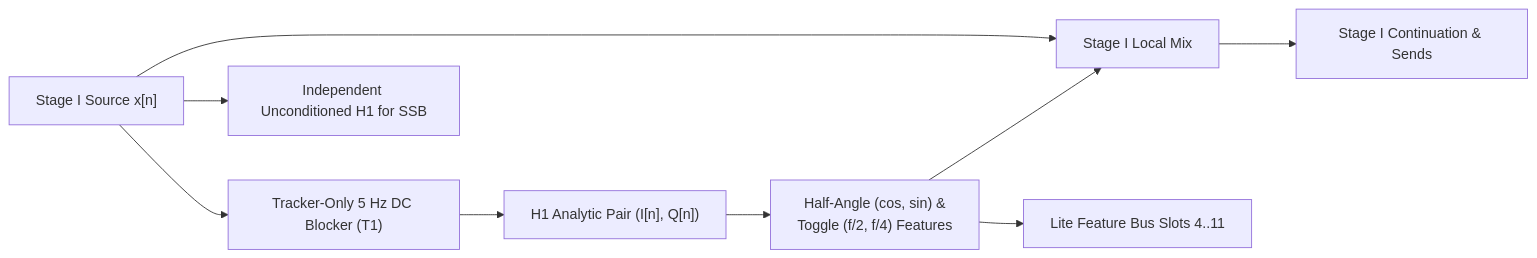
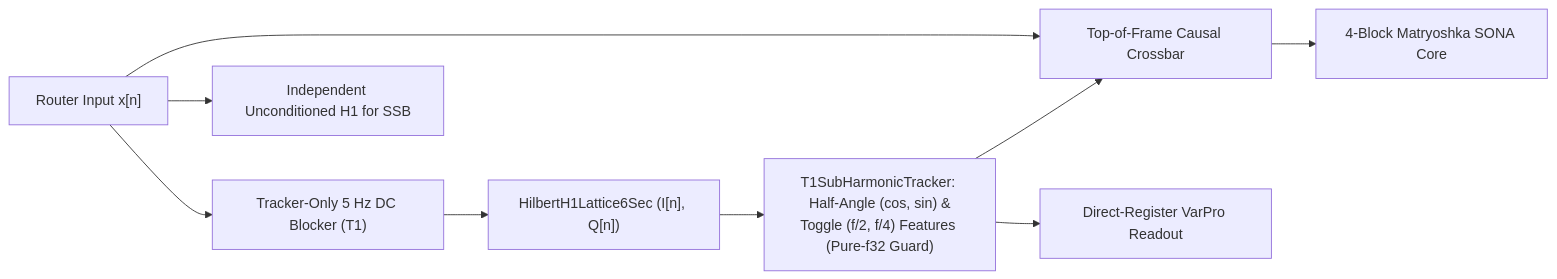
Before and after one commit to mokugen/dnam: the diagram in docs/specs/dsp/op_m_modal_kautz.md, drawn with Mermaid. The commit also changed other lines of this file and 99 other files, not shown here.

Commit message:
docs(specs): cut over canonical architecture and v3.0 specs to SONA + WebGPU

````diff
--- a/docs/specs/dsp/op_m_modal_kautz.md
+++ b/docs/specs/dsp/op_m_modal_kautz.md
@@ -121,8 +135,8 @@
 ```mermaid
 flowchart LR
-    X["Stage I Source x[n]"] --> DC["Tracker-Only 5 Hz DC Blocker (T1)"] --> H1["H1 Analytic Pair (I[n], Q[n])"] --> Tracker["Half-Angle (cos, sin) &<br/>Toggle (f/2, f/4) Features"]
-    X --> Mix["Stage I Local Mix"] --> Next["Stage I Continuation & Sends"]
-    Tracker --> Mix
-    Tracker --> Head["Lite Feature Bus Slots 4..11"]
+    X["Router Input x[n]"] --> DC["Tracker-Only 5 Hz DC Blocker (T1)"] --> H1["HilbertH1Lattice6Sec (I[n], Q[n])"] --> Tracker["T1SubHarmonicTracker: Half-Angle (cos, sin) &<br/>Toggle (f/2, f/4) Features (Pure-f32 Guard)"]
+    X --> Crossbar["Top-of-Frame Causal Crossbar"] --> Core["4-Block Matryoshka SONA Core"]
+    Tracker --> Crossbar
+    Tracker --> Readout["Direct-Register VarPro Readout"]
     X --> SSB["Independent Unconditioned H1 for SSB"]
 ```
````
